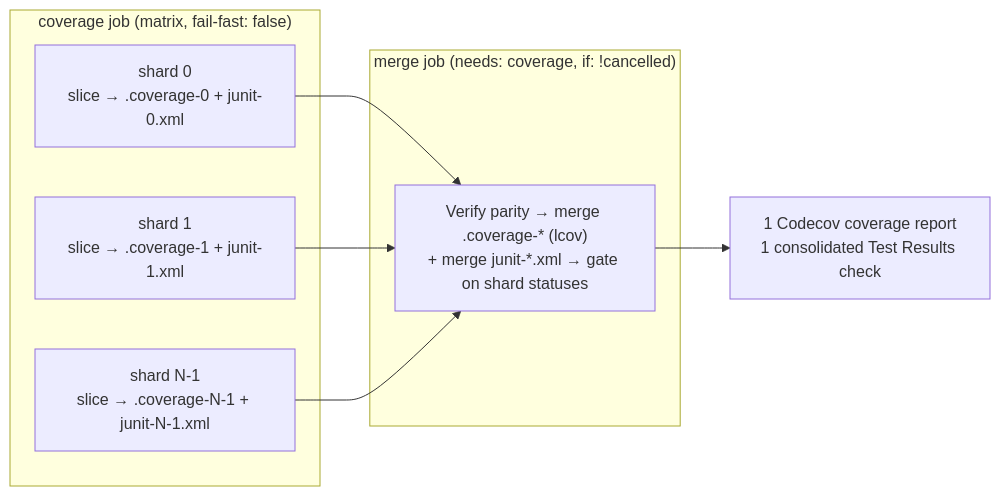
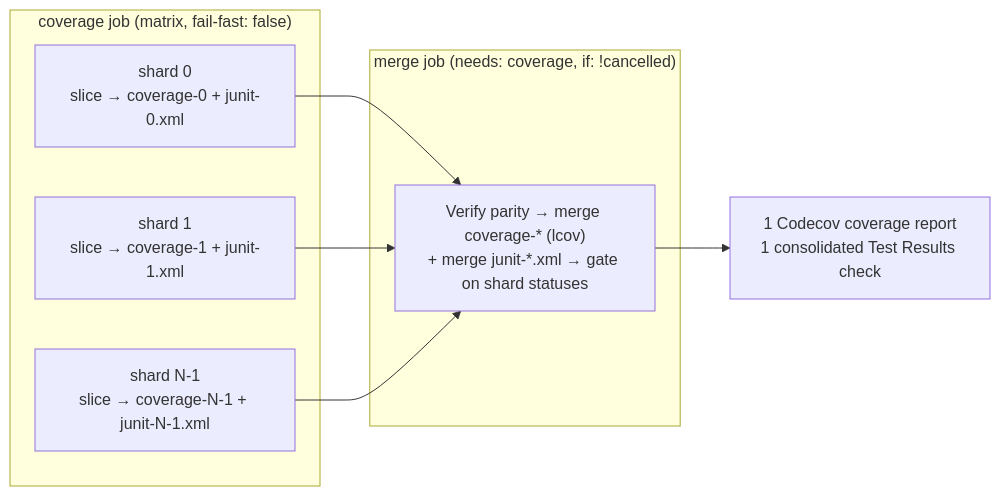
The first of 3 diagrams in docs/troubleshooting/CI.md (stSoftwareAU/NEAT-AI), drawn with Mermaid before and after one commit. The commit also changed other lines of this file and 6 other files, not shown here.

````diff
--- a/docs/troubleshooting/CI.md
+++ b/docs/troubleshooting/CI.md
@@ -18,15 +18,15 @@
 ```mermaid
 flowchart LR
     subgraph coverage["coverage job (matrix, fail-fast: false)"]
-        S0["shard 0<br/>slice → .coverage-0 + junit-0.xml"]
-        S1["shard 1<br/>slice → .coverage-1 + junit-1.xml"]
-        SN["shard N-1<br/>slice → .coverage-N-1 + junit-N-1.xml"]
+        S0["shard 0<br/>slice → coverage-0 + junit-0.xml"]
+        S1["shard 1<br/>slice → coverage-1 + junit-1.xml"]
+        SN["shard N-1<br/>slice → coverage-N-1 + junit-N-1.xml"]
     end
     S0 --> M
     S1 --> M
     SN --> M
     subgraph merge["merge job (needs: coverage, if: !cancelled)"]
-        M["Verify parity → merge .coverage-* (lcov)<br/>+ merge junit-*.xml → gate on shard statuses"]
+        M["Verify parity → merge coverage-* (lcov)<br/>+ merge junit-*.xml → gate on shard statuses"]
     end
     M --> C["1 Codecov coverage report<br/>1 consolidated Test Results check"]
 ```
````
